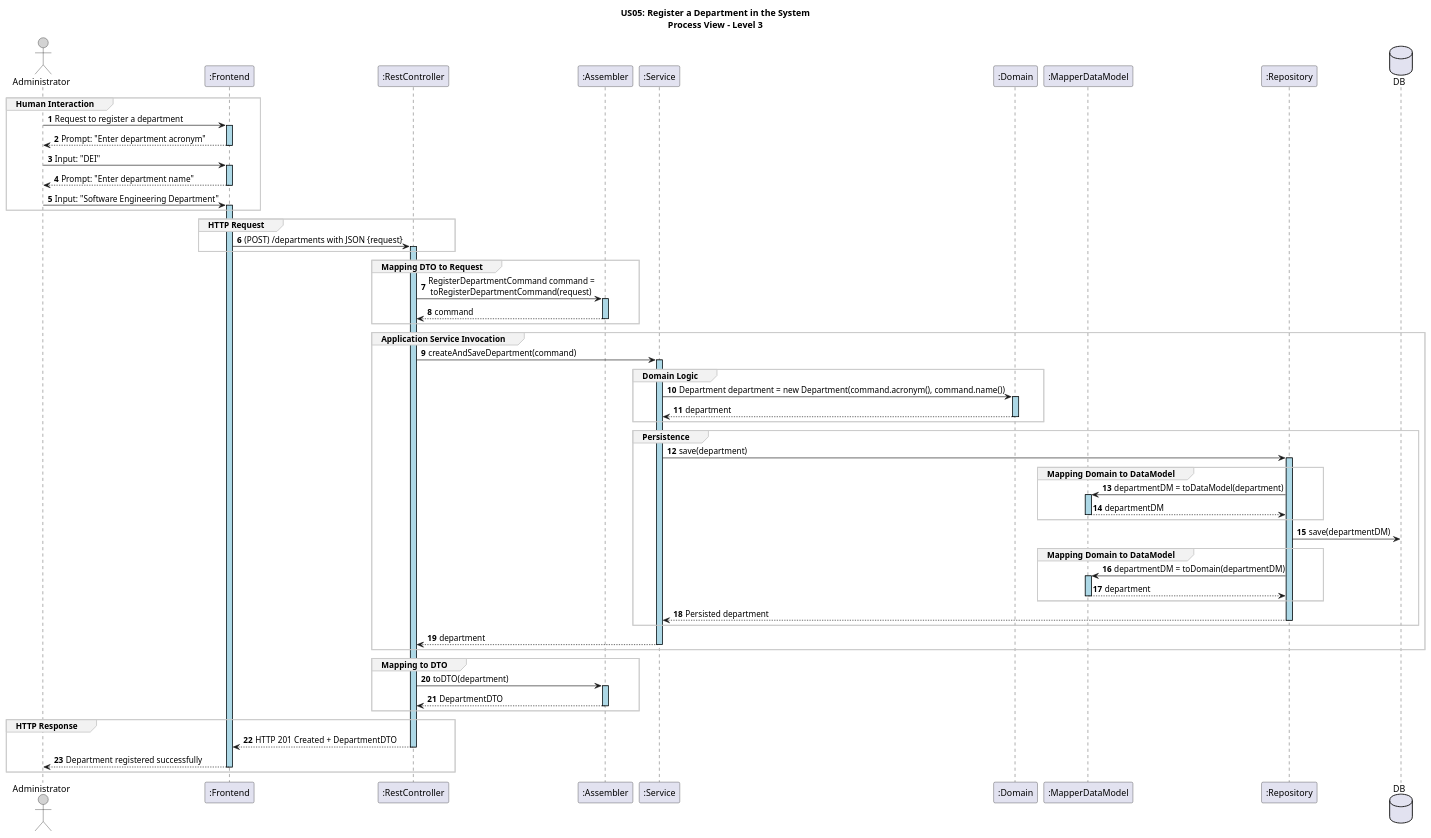
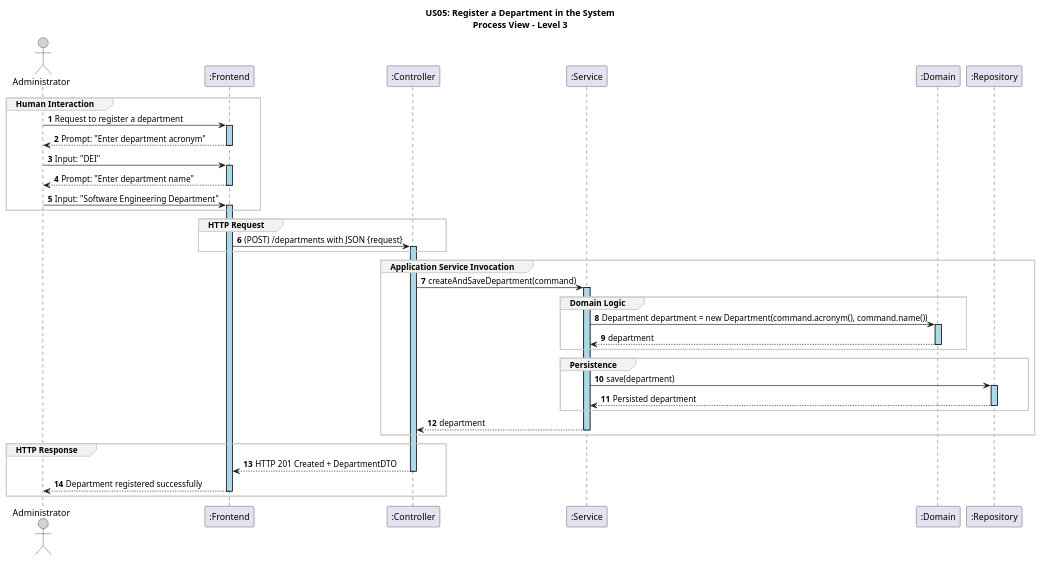
Before and after one commit to GasparISEP/DevOps-PAI: the diagram in docs/US05/sprint6_RestAPI/ProcessView/US05_RestAPI_ProcessView_Level3.puml, drawn with PlantUML. The commit also changed 2 other files, not shown here.

Commit message:
refactor: update DepartmentRegistration documentation (refs #500, refs #575)

```diff
--- a/docs/US05/sprint6_RestAPI/ProcessView/US05_RestAPI_ProcessView_Level3.puml
+++ b/docs/US05/sprint6_RestAPI/ProcessView/US05_RestAPI_ProcessView_Level3.puml
@@ -1,77 +1,55 @@
 @startuml
 autonumber
 
 skinparam sequence {
     LifelineBorderColor black
     LifelineBackgroundColor LightBlue
     ActorBorderColor black
     ActorBackgroundColor LightGray
     GroupBorderColor #cccccc
     GroupBackgroundColor #f2f2f2
 }
 
 title US05: Register a Department in the System\nProcess View – Level 3
 
 actor ADM as "Administrator"
 participant ":Frontend" as FE
-participant ":RestController" as CT
-participant ":Assembler" as MP
+participant ":Controller" as CT
 participant ":Service" as SE
 participant ":Domain" as DM
-participant ":MapperDataModel" as MDM
 participant ":Repository" as RE
-database DB
 
 group Human Interaction
 ADM -> FE ++: Request to register a department
 FE --> ADM --: Prompt: "Enter department acronym"
 ADM -> FE ++: Input: "DEI"
 FE --> ADM --: Prompt: "Enter department name"
 ADM -> FE ++: Input: "Software Engineering Department"
 end group
 
 group HTTP Request
 FE -> CT ++: (POST) /departments with JSON {request}
 end group
 
-group Mapping DTO to Request
-CT -> MP ++: RegisterDepartmentCommand command =\n toRegisterDepartmentCommand(request)
-MP --> CT --: command
-end group
-
 group Application Service Invocation
 CT -> SE ++: createAndSaveDepartment(command)
 
 group Domain Logic
 SE -> DM ++: Department department = new Department(command.acronym(), command.name())
 DM --> SE --: department
 end group
 
 group Persistence
 SE -> RE ++: save(department)
-group Mapping Domain to DataModel
-RE -> MDM ++: departmentDM = toDataModel(department)
-MDM --> RE --: departmentDM
-end group
-RE -> DB : save(departmentDM)
-group Mapping Domain to DataModel
-RE -> MDM ++: departmentDM = toDomain(departmentDM)
-MDM --> RE --: department
-end group
 RE --> SE --: Persisted department
 end group
 
 SE --> CT --: department
-end group
-
-group Mapping to DTO
-CT -> MP ++: toDTO(department)
-MP --> CT --: DepartmentDTO
 end group
 
 group HTTP Response
 CT --> FE --: HTTP 201 Created + DepartmentDTO
 FE --> ADM --: Department registered successfully
 end group
 
 @enduml
```
